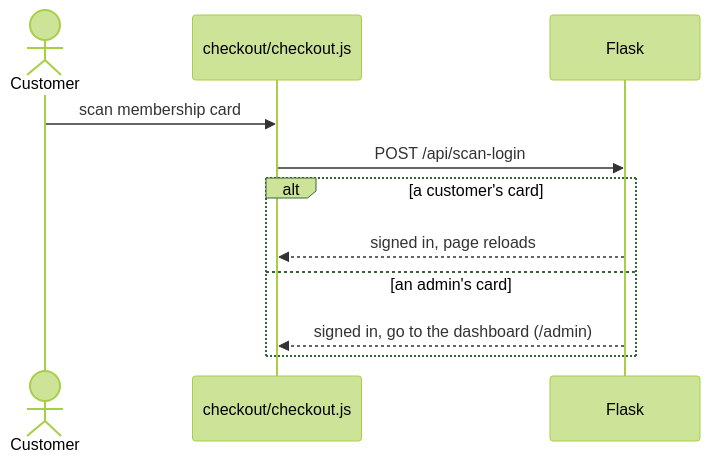
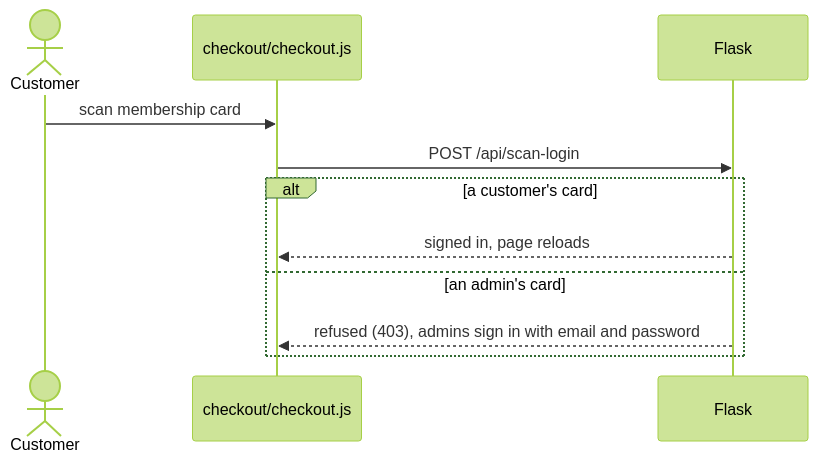
One commit to gvogas/IoT changed the third of 5 diagrams in docs/checkout.md. Above: the diagram before and after it, drawn with Mermaid (forest theme). The commit also changed 48 other files, not shown here.

````diff
--- a/docs/checkout.md
+++ b/docs/checkout.md
@@ -55,14 +55,14 @@
 ```mermaid
 sequenceDiagram
     actor C as Customer
     participant JS as checkout/checkout.js
     participant F as Flask
 
     C->>JS: scan membership card
     JS->>F: POST /api/scan-login
     alt a customer's card
         F-->>JS: signed in, page reloads
     else an admin's card
-        F-->>JS: signed in, go to the dashboard (/admin)
+        F-->>JS: refused (403), admins sign in with email and password
     end
 ```
````
